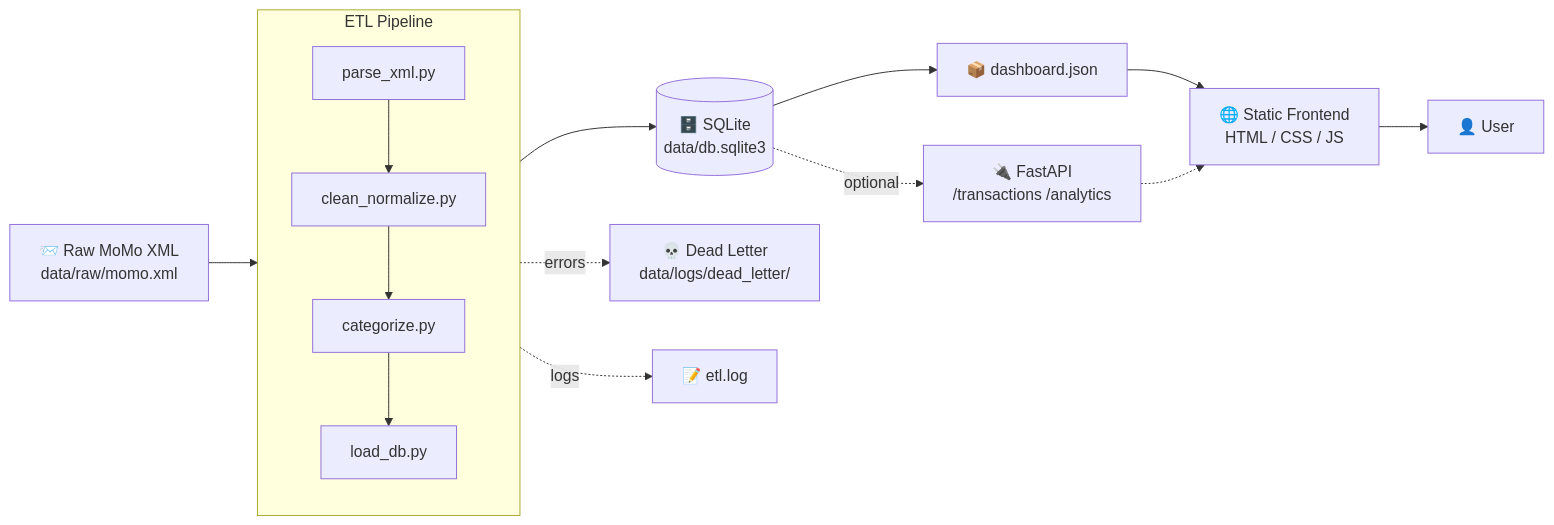
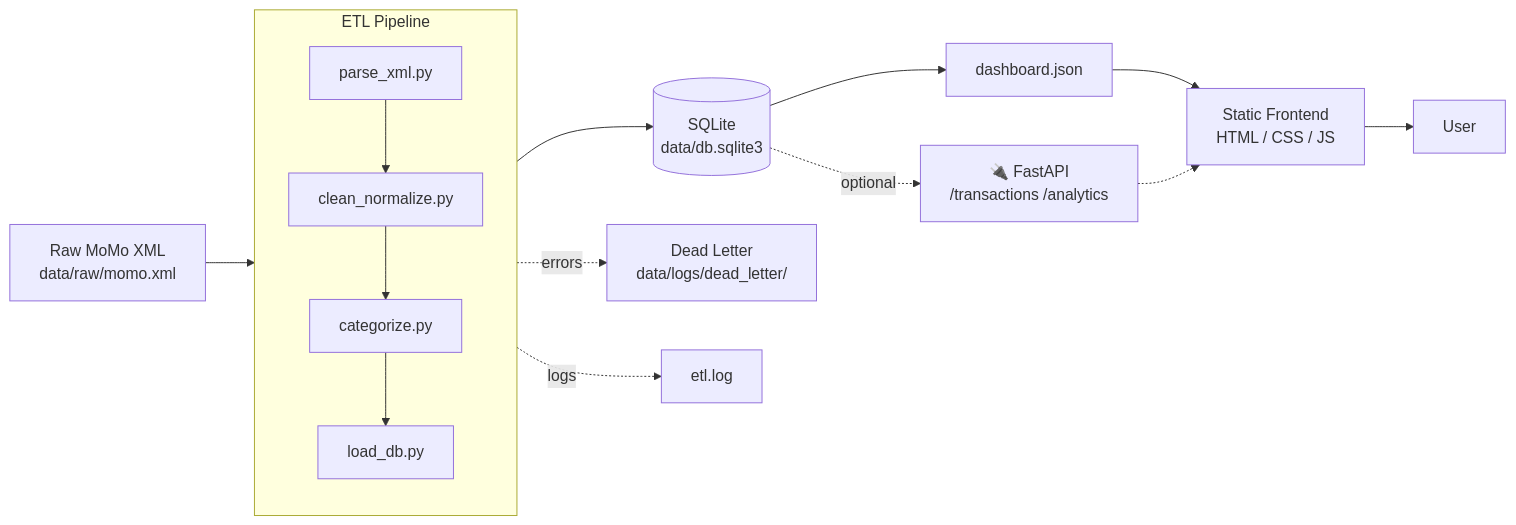
The diagram in README.md (SanoRod00/MOMO-sms-analytics), drawn with Mermaid before and after one commit. The commit also changed other lines of this file, not shown here.

````diff
--- a/README.md
+++ b/README.md
@@ -35,21 +37,21 @@
 ```mermaid
 flowchart LR
-    A[📨 Raw MoMo XML<br/>data/raw/momo.xml] --> B[⚙️ ETL Pipeline]
+    A[ Raw MoMo XML<br/>data/raw/momo.xml] --> B[ ETL Pipeline]
 
     subgraph B[ETL Pipeline]
         B1[parse_xml.py] --> B2[clean_normalize.py]
         B2 --> B3[categorize.py]
         B3 --> B4[load_db.py]
     end
 
-    B --> C[(🗄️ SQLite<br/>data/db.sqlite3)]
-    C --> D[📦 dashboard.json]
-    D --> E[🌐 Static Frontend<br/>HTML / CSS / JS]
-    E --> F[👤 User]
+    B --> C[( SQLite<br/>data/db.sqlite3)]
+    C --> D[ dashboard.json]
+    D --> E[ Static Frontend<br/>HTML / CSS / JS]
+    E --> F[ User]
 
-    B -.errors.-> G[💀 Dead Letter<br/>data/logs/dead_letter/]
-    B -.logs.-> H[📝 etl.log]
+    B -.errors.-> G[ Dead Letter<br/>data/logs/dead_letter/]
+    B -.logs.-> H[ etl.log]
 
     C -.optional.-> I[🔌 FastAPI<br/>/transactions /analytics]
     I -.-> E
 ```
````
